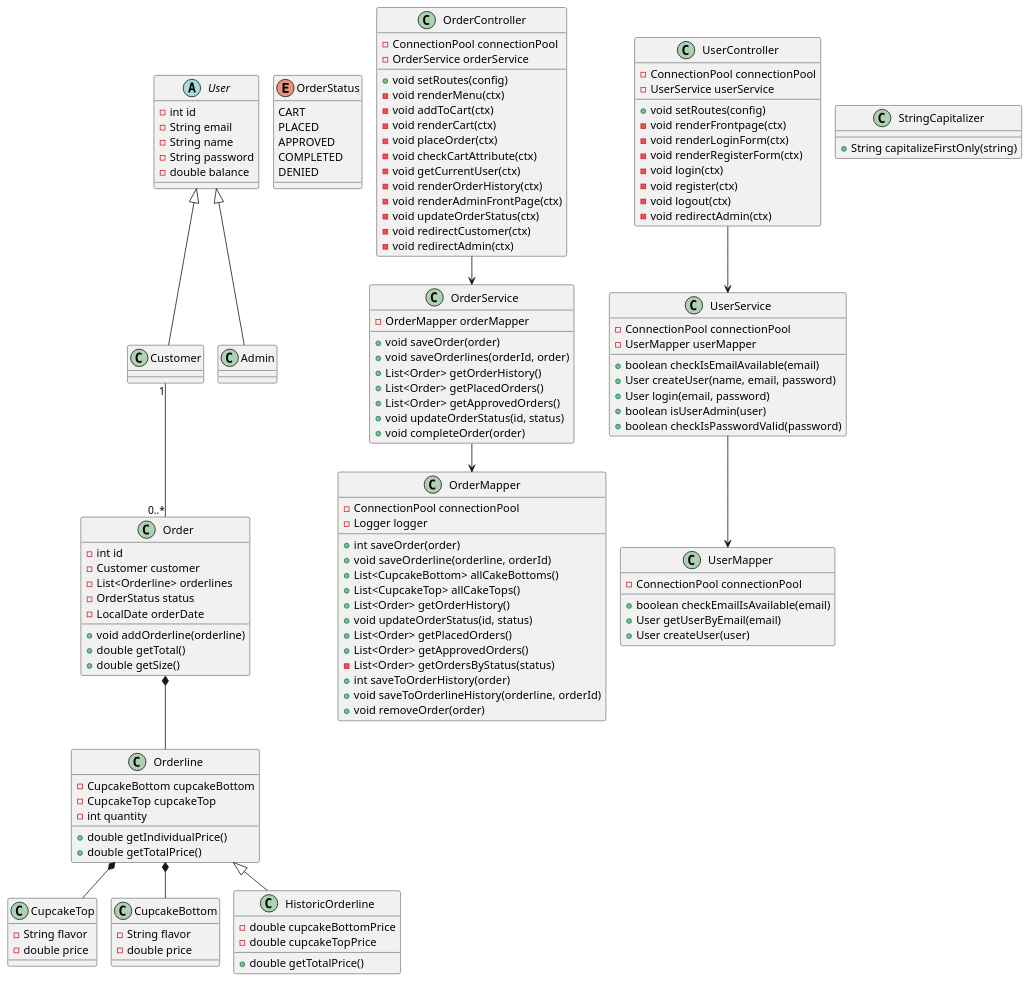
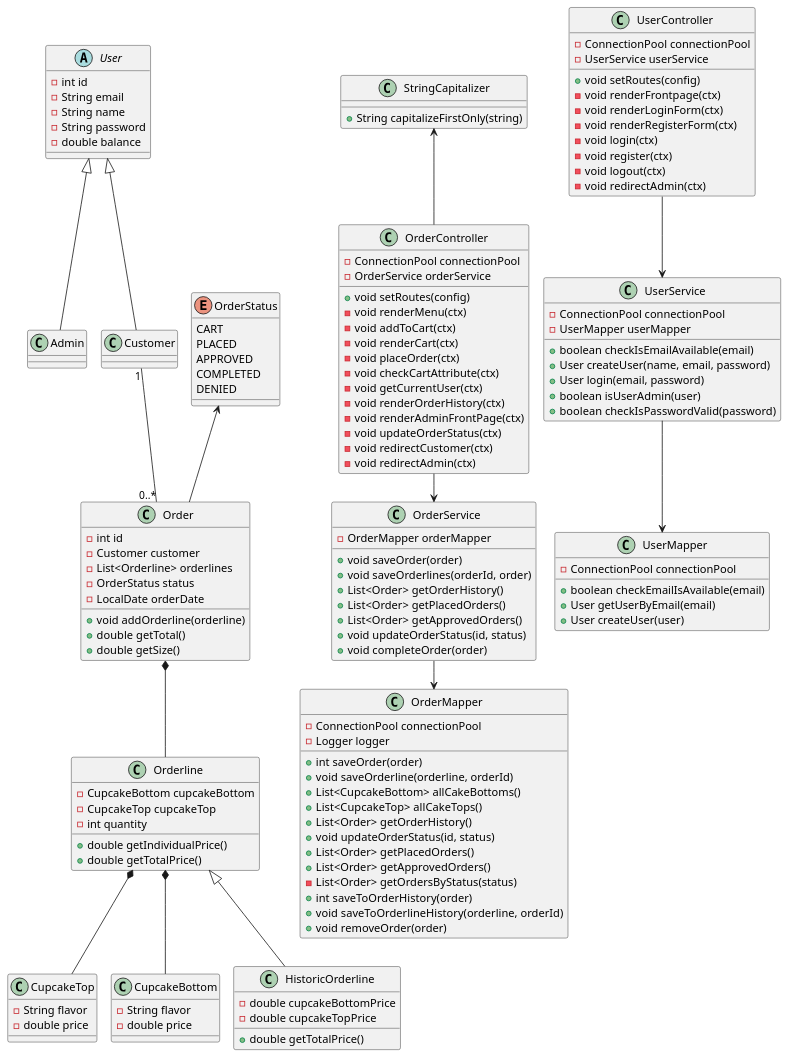
The diagram in docs/Class-diagram.puml (Ledut-dev/Cupcake), drawn with PlantUML before and after one commit.

Commit message:
Omrokering i klassediagrammet og et par nye relationer

```diff
--- a/docs/Class-diagram.puml
+++ b/docs/Class-diagram.puml
@@ -1,162 +1,162 @@
 @startuml
 'https://plantuml.com/class-diagram
 !pragma layout smetana
 
-class CupcakeTop{
--String flavor
--double price
+abstract class User{
+-int id
+-String email
+-String name
+-String password
+-double balance
 }
 
-class CupcakeBottom{
--String flavor
--double price
+class Admin extends User{
 }
 
-class Orderline{
-- CupcakeBottom cupcakeBottom
-- CupcakeTop cupcakeTop
-- int quantity
-
-+ double getIndividualPrice()
-+ double getTotalPrice()
+class Customer extends User{
 }
-
-class HistoricOrderline extends Orderline{
-- double cupcakeBottomPrice
-- double cupcakeTopPrice
-
-+ double getTotalPrice()
-}
-
 
 class Order {
  - int id
  - Customer customer
  - List<Orderline> orderlines
  - OrderStatus status
  - LocalDate orderDate
 
  + void addOrderline(orderline)
  + double getTotal()
  + double getSize()
 }
 
+class Orderline{
+- CupcakeBottom cupcakeBottom
+- CupcakeTop cupcakeTop
+- int quantity
+
++ double getIndividualPrice()
++ double getTotalPrice()
+}
+
+class CupcakeTop{
+-String flavor
+-double price
+}
+
+class CupcakeBottom{
+-String flavor
+-double price
+}
+
+class HistoricOrderline extends Orderline{
+- double cupcakeBottomPrice
+- double cupcakeTopPrice
+
++ double getTotalPrice()
+}
+
+class StringCapitalizer {
++ String capitalizeFirstOnly(string)
+}
+
 Enum OrderStatus{
 CART
 PLACED
 APPROVED
 COMPLETED
 DENIED
-}
-
-class OrderService{
--OrderMapper orderMapper
-
-+ void saveOrder(order)
-+ void saveOrderlines(orderId, order)
-+ List<Order> getOrderHistory()
-+ List<Order> getPlacedOrders()
-+ List<Order> getApprovedOrders()
-+ void updateOrderStatus(id, status)
-+ void completeOrder(order)
 }
 
 class OrderController{
 - ConnectionPool connectionPool
 - OrderService orderService
 
 + void setRoutes(config)
 - void renderMenu(ctx)
 - void addToCart(ctx)
 - void renderCart(ctx)
 - void placeOrder(ctx)
 - void checkCartAttribute(ctx)
 - void getCurrentUser(ctx)
 - void renderOrderHistory(ctx)
 - void renderAdminFrontPage(ctx)
 - void updateOrderStatus(ctx)
 - void redirectCustomer(ctx)
 - void redirectAdmin(ctx)
 }
 
+class OrderService{
+-OrderMapper orderMapper
+
++ void saveOrder(order)
++ void saveOrderlines(orderId, order)
++ List<Order> getOrderHistory()
++ List<Order> getPlacedOrders()
++ List<Order> getApprovedOrders()
++ void updateOrderStatus(id, status)
++ void completeOrder(order)
+}
+
 class OrderMapper {
 -ConnectionPool connectionPool
 - Logger logger
 
 + int saveOrder(order)
 + void saveOrderline(orderline, orderId)
 + List<CupcakeBottom> allCakeBottoms()
 + List<CupcakeTop> allCakeTops()
 + List<Order> getOrderHistory()
 + void updateOrderStatus(id, status)
 + List<Order> getPlacedOrders()
 + List<Order> getApprovedOrders()
 - List<Order> getOrdersByStatus(status)
 + int saveToOrderHistory(order)
 + void saveToOrderlineHistory(orderline, orderId)
 + void removeOrder(order)
-}
-
-abstract class User{
--int id
--String email
--String name
--String password
--double balance
-}
-
-class Customer extends User{
-}
-
-class Admin extends User{
 }
 
 class UserController{
 - ConnectionPool connectionPool
 - UserService userService
 
 + void setRoutes(config)
 - void renderFrontpage(ctx)
 - void renderLoginForm(ctx)
 - void renderRegisterForm(ctx)
 - void login(ctx)
 - void register(ctx)
 - void logout(ctx)
 - void redirectAdmin(ctx)
 }
 
 class UserService{
 - ConnectionPool connectionPool
 - UserMapper userMapper
 
 + boolean checkIsEmailAvailable(email)
 + User createUser(name, email, password)
 + User login(email, password)
 + boolean isUserAdmin(user)
 + boolean checkIsPasswordValid(password)
 }
 
 class UserMapper{
 -ConnectionPool connectionPool
 
 + boolean checkEmailIsAvailable(email)
 + User getUserByEmail(email)
 + User createUser(user)
 }
 
-class StringCapitalizer {
-+ String capitalizeFirstOnly(string)
-}
-
-
 Order *-- Orderline
+OrderStatus <-- Order
 Orderline *-- CupcakeBottom
 Orderline *-- CupcakeTop
 Customer "1"-- "0..*"Order
 OrderService --> OrderMapper
 OrderController --> OrderService
+StringCapitalizer <-- OrderController
 UserService --> UserMapper
 UserController --> UserService
 
 
 @enduml
```
